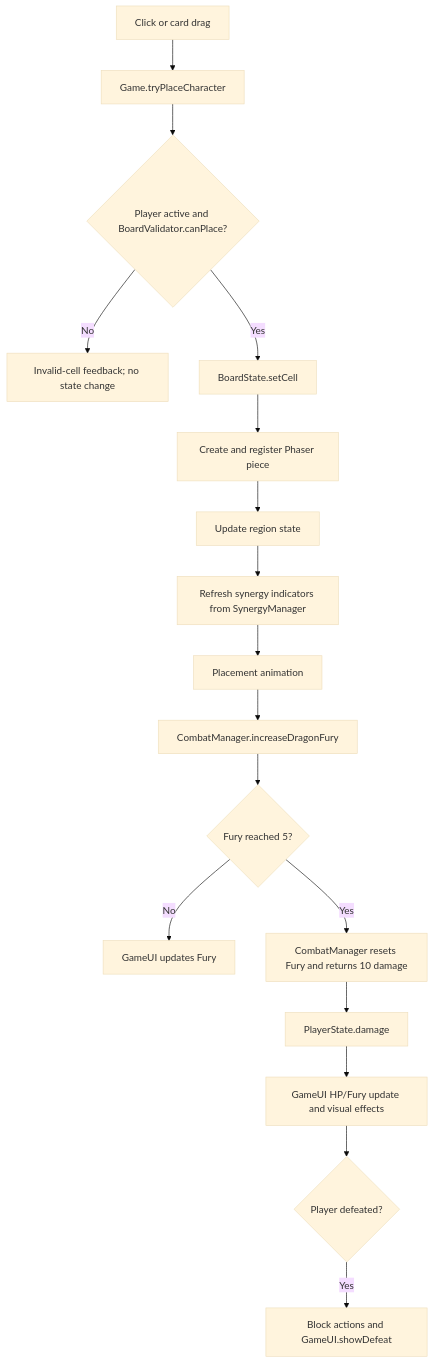
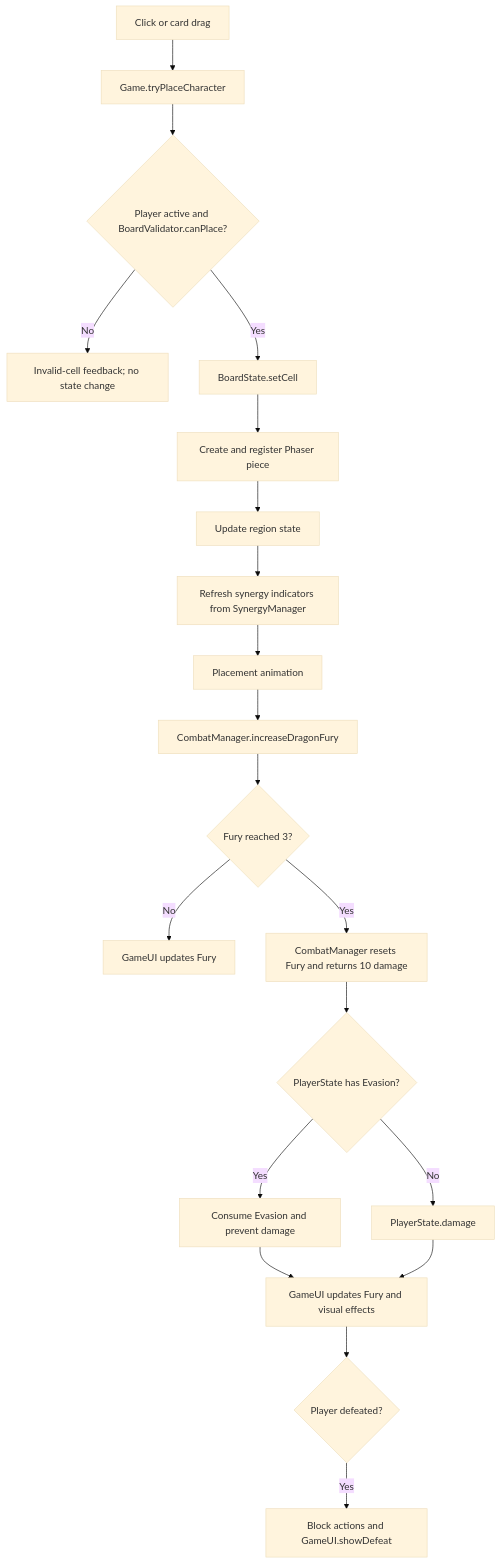
Before and after one commit to bruno-trindade85/sudoku-rpg: the second of 5 diagrams in docs/ARCHITECTURE.md, drawn with Mermaid (base theme). The commit also changed other lines of this file and 7 other files, not shown here.

````diff
--- a/docs/ARCHITECTURE.md
+++ b/docs/ARCHITECTURE.md
@@ -214,19 +218,22 @@
 ```mermaid
 flowchart TD
     A[Click or card drag] --> B[Game.tryPlaceCharacter]
     B --> C{Player active and BoardValidator.canPlace?}
     C -- No --> D[Invalid-cell feedback; no state change]
     C -- Yes --> E[BoardState.setCell]
     E --> F[Create and register Phaser piece]
     F --> G[Update region state]
     G --> H[Refresh synergy indicators from SynergyManager]
     H --> I[Placement animation]
     I --> J[CombatManager.increaseDragonFury]
-    J --> K{Fury reached 5?}
+    J --> K{Fury reached 3?}
     K -- No --> L[GameUI updates Fury]
     K -- Yes --> M[CombatManager resets Fury and returns 10 damage]
-    M --> N[PlayerState.damage]
-    N --> O[GameUI HP/Fury update and visual effects]
-    O --> P{Player defeated?}
-    P -- Yes --> Q[Block actions and GameUI.showDefeat]
+    M --> N{PlayerState has Evasion?}
+    N -- Yes --> O[Consume Evasion and prevent damage]
+    N -- No --> P[PlayerState.damage]
+    O --> Q[GameUI updates Fury and visual effects]
+    P --> Q
+    Q --> R{Player defeated?}
+    R -- Yes --> S[Block actions and GameUI.showDefeat]
 ```
````
